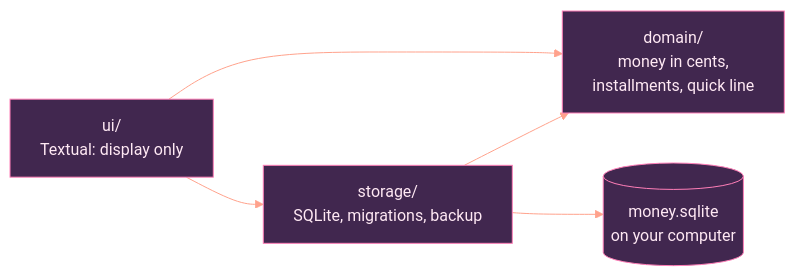
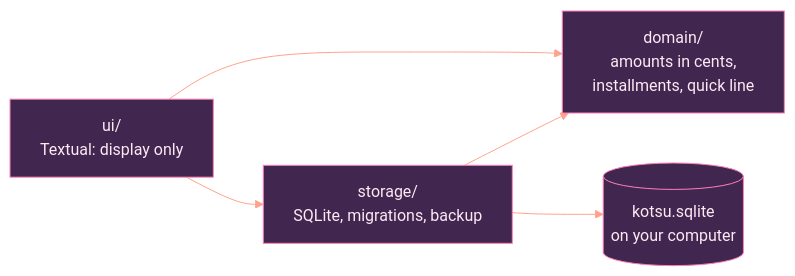
Before and after one commit to Sera-DAI/kotsu: the diagram in README.md, drawn with Mermaid. The commit also changed other lines of this file and 23 other files, not shown here.

````diff
--- a/README.md
+++ b/README.md
@@ -191,8 +191,8 @@
 ```mermaid
 %%{init: {"theme": "base", "themeVariables": {"primaryColor": "#41274f", "primaryTextColor": "#ffe9f4", "primaryBorderColor": "#ff7fb8", "lineColor": "#ffa28c", "secondaryColor": "#291b33", "tertiaryColor": "#1d1424", "fontFamily": "Segoe UI, sans-serif"}}}%%
 flowchart LR
     T["ui/<br>Textual: display only"] --> A["storage/<br>SQLite, migrations, backup"]
-    T --> D["domain/<br>money in cents,<br>installments, quick line"]
+    T --> D["domain/<br>amounts in cents,<br>installments, quick line"]
     A --> D
-    A --> F[("money.sqlite<br>on your computer")]
+    A --> F[("kotsu.sqlite<br>on your computer")]
 ```
````
